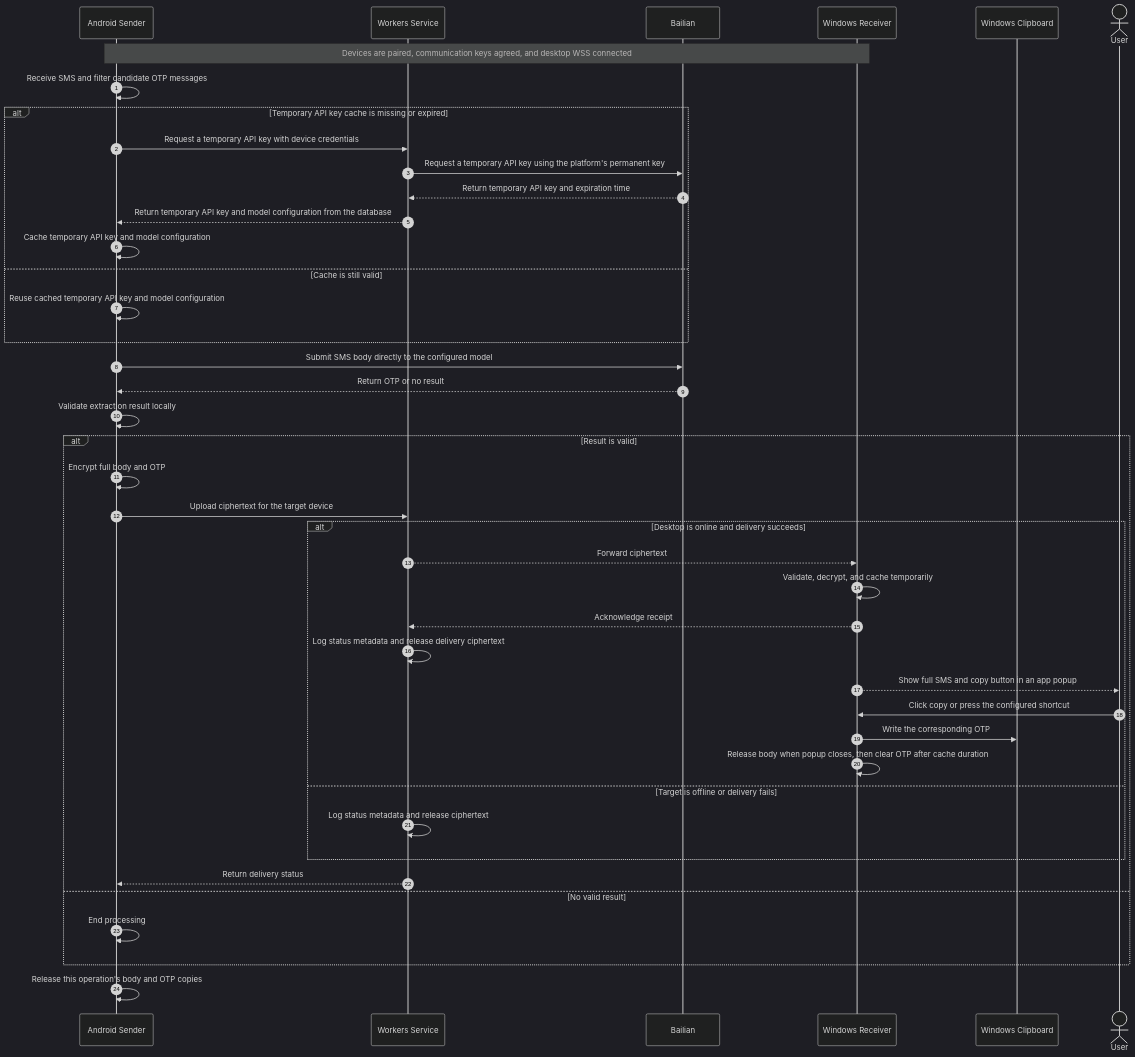
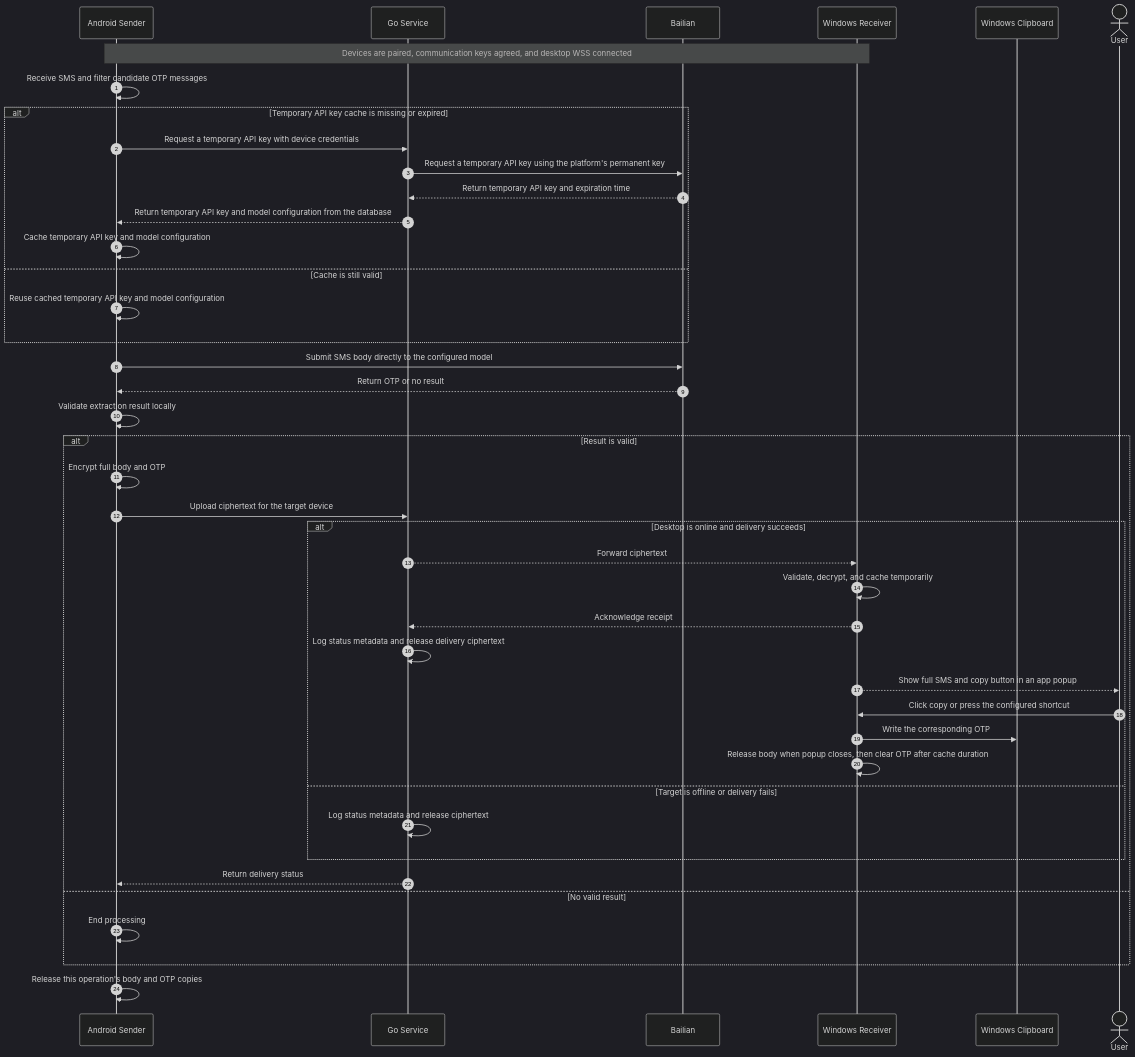
The second of 4 diagrams in docs/drafts/pin-glide-tech-overview.md (BuddyLabsCo/pin-glide-service), drawn with Mermaid (dark theme) before and after one commit. The commit also changed other lines of this file and 3 other files, not shown here.

````diff
--- a/docs/drafts/pin-glide-tech-overview.md
+++ b/docs/drafts/pin-glide-tech-overview.md
@@ -73,45 +73,45 @@
 ```mermaid
 sequenceDiagram
     autonumber
     participant A as Android Sender
-    participant W as Workers Service
+    participant W as Go Service
     participant L as Bailian
     participant D as Windows Receiver
     participant C as Windows Clipboard
     actor U as User
 
     Note over A,D: Devices are paired, communication keys agreed, and desktop WSS connected
     A->>A: Receive SMS and filter candidate OTP messages
     alt Temporary API key cache is missing or expired
         A->>W: Request a temporary API key with device credentials
         W->>L: Request a temporary API key using the platform's permanent key
         L-->>W: Return temporary API key and expiration time
         W-->>A: Return temporary API key and model configuration from the database
         A->>A: Cache temporary API key and model configuration
     else Cache is still valid
         A->>A: Reuse cached temporary API key and model configuration
     end
     A->>L: Submit SMS body directly to the configured model
     L-->>A: Return OTP or no result
     A->>A: Validate extraction result locally
     alt Result is valid
         A->>A: Encrypt full body and OTP
         A->>W: Upload ciphertext for the target device
         alt Desktop is online and delivery succeeds
             W-->>D: Forward ciphertext
             D->>D: Validate, decrypt, and cache temporarily
             D-->>W: Acknowledge receipt
             W->>W: Log status metadata and release delivery ciphertext
             D-->>U: Show full SMS and copy button in an app popup
             U->>D: Click copy or press the configured shortcut
             D->>C: Write the corresponding OTP
             D->>D: Release body when popup closes, then clear OTP after cache duration
         else Target is offline or delivery fails
             W->>W: Log status metadata and release ciphertext
         end
         W-->>A: Return delivery status
     else No valid result
         A->>A: End processing
     end
     A->>A: Release this operation's body and OTP copies
 ```
````
